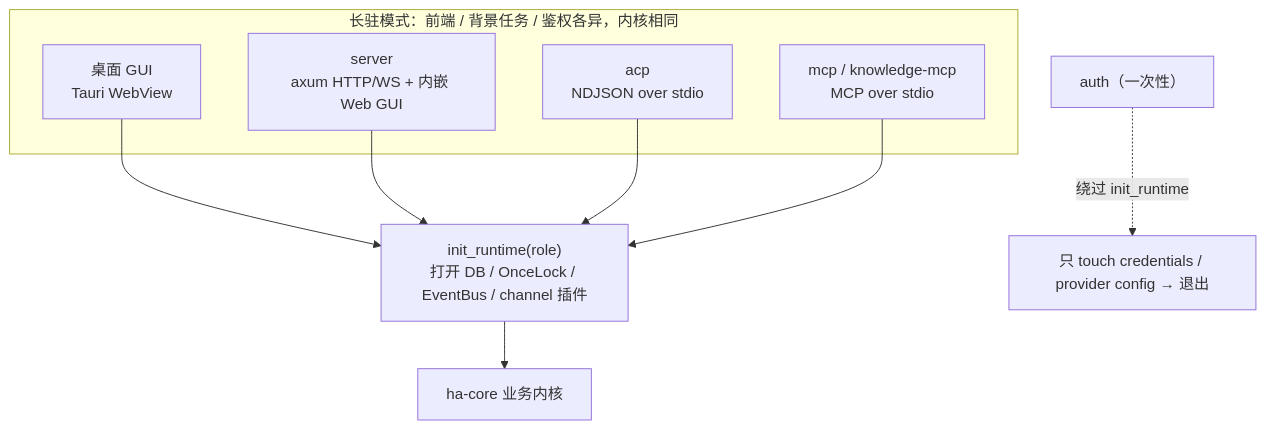
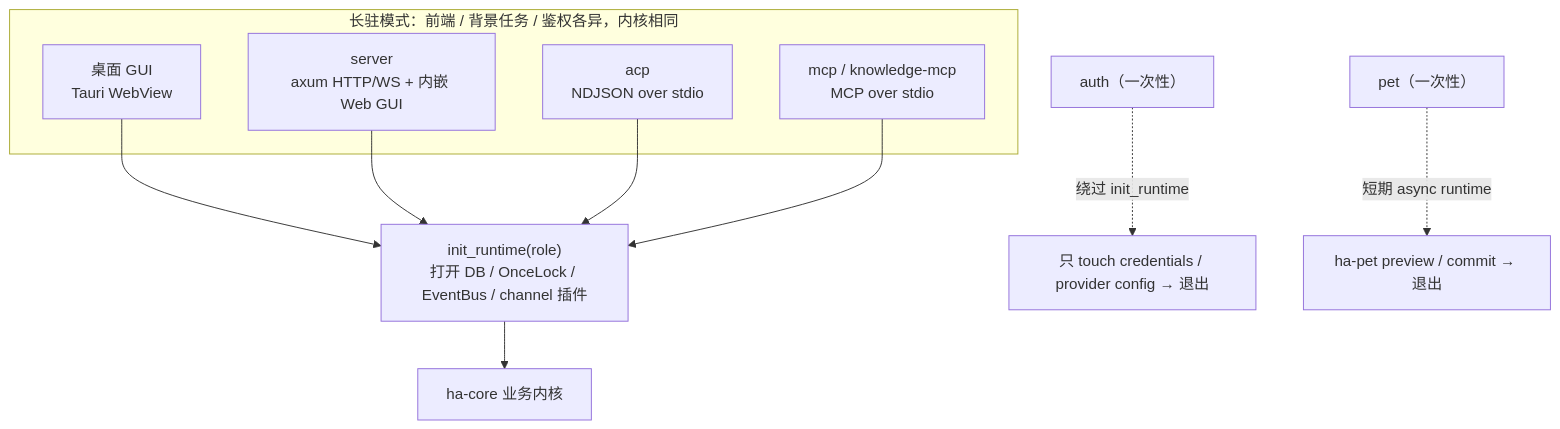
One commit to shiwenwen/hope-agent changed the second of 6 diagrams in docs/architecture/system/cli.md. Above: the diagram before and after it, drawn with Mermaid. The commit also changed other lines of this file and 23 other files, not shown here.

````diff
--- a/docs/architecture/system/cli.md
+++ b/docs/architecture/system/cli.md
@@ -49,15 +51,16 @@
 ```mermaid
 flowchart TD
     subgraph Long["长驻模式：前端 / 背景任务 / 鉴权各异，内核相同"]
         GUI["桌面 GUI<br/>Tauri WebView"]
         Server["server<br/>axum HTTP/WS + 内嵌 Web GUI"]
         Acp["acp<br/>NDJSON over stdio"]
         Mcp["mcp / knowledge-mcp<br/>MCP over stdio"]
     end
     GUI --> Init
     Server --> Init
     Acp --> Init
     Mcp --> Init["init_runtime(role)<br/>打开 DB / OnceLock / EventBus / channel 插件"]
     Init --> Core["ha-core 业务内核"]
     Auth["auth（一次性）"] -. 绕过 init_runtime .-> Cred["只 touch credentials / provider config → 退出"]
+    Pet["pet（一次性）"] -. 短期 async runtime .-> PetCore["ha-pet preview / commit → 退出"]
 ```
````
